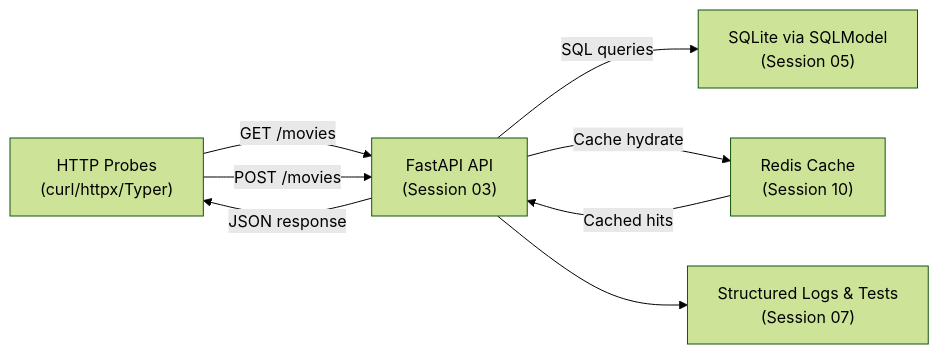
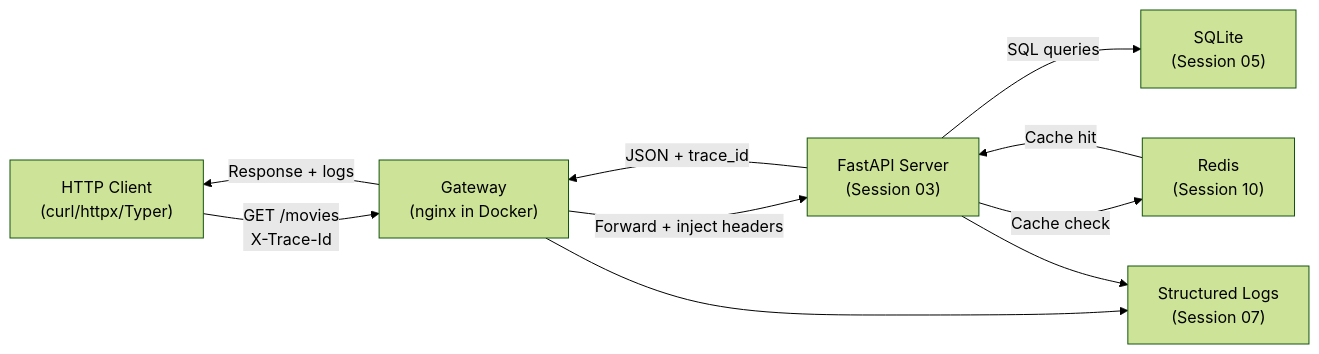
The diagram in docs/sessions/session-02.md (EASS-HIT-PART-A-2026-CLASS-IX/lecture-notes), drawn with Mermaid (forest theme) before and after one commit. The commit also changed other lines of this file, not shown here.

Commit message:
Finalize Session 02 plan

````diff
--- a/docs/sessions/session-02.md
+++ b/docs/sessions/session-02.md
@@ -100,16 +406,19 @@
 ```mermaid
 flowchart LR
-    CLI["HTTP Probes\n(curl/httpx/Typer)"]
-    API["FastAPI API\n(Session 03)"]
-    DB["SQLite via SQLModel\n(Session 05)"]
-    Cache["Redis Cache\n(Session 10)"]
-    Logs["Structured Logs & Tests\n(Session 07)"]
+    CLI["HTTP Client\n(curl/httpx/Typer)"]
+    GW["Gateway\n(nginx in Docker)"]
+    API["FastAPI Server\n(Session 03)"]
+    DB["SQLite\n(Session 05)"]
+    Cache["Redis\n(Session 10)"]
+    Logs["Structured Logs\n(Session 07)"]
 
-    CLI -->|"GET /movies"| API
-    CLI -->|"POST /movies"| API
+    CLI -->|"GET /movies\nX-Trace-Id"| GW
+    GW -->|"Forward + inject headers"| API
     API -->|"SQL queries"| DB
-    API -->|"Cache hydrate"| Cache
-    Cache -->|"Cached hits"| API
-    API -->|"JSON response"| CLI
+    API -->|"Cache check"| Cache
+    Cache -->|"Cache hit"| API
+    API -->|"JSON + trace_id"| GW
+    GW -->|"Response + logs"| CLI
+    GW --> Logs
     API --> Logs
 ```
````
